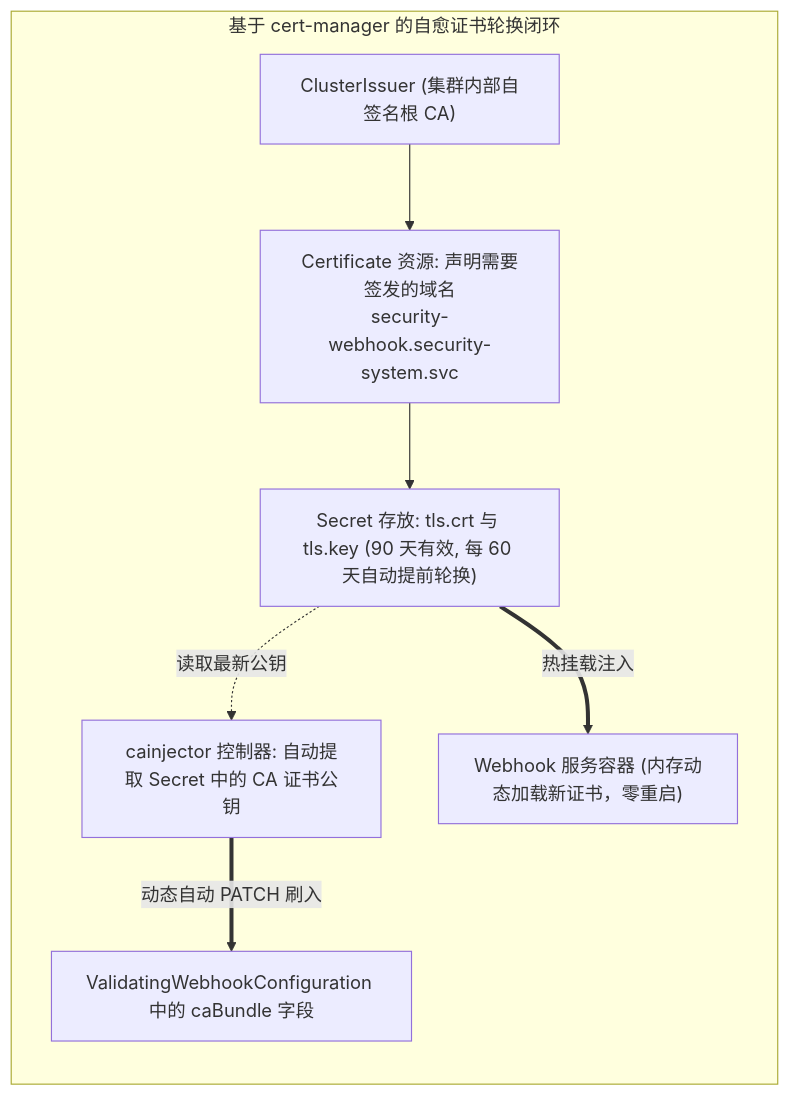
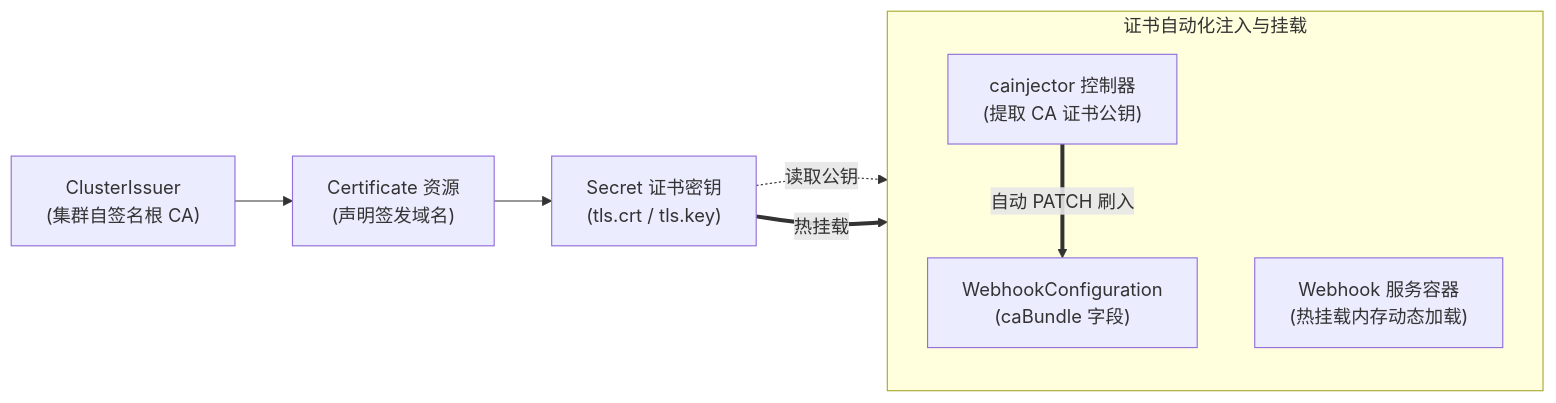
Before and after one commit to MoreConsequence/MoreConsequence.github.io: the fourth of 5 diagrams in content/posts/kubernetes-internals/k8s-14-admission-webhook-opa-gatekeeper-kyverno.md, drawn with Mermaid. The commit also changed other lines of this file and 835 other files, not shown here.

First line of the commit message:
feat(blog): 全站33篇新增深度专栏与博文全量审核上线及矢量图表优化

````diff
--- a/content/posts/kubernetes-internals/k8s-14-admission-webhook-opa-gatekeeper-kyverno.md
+++ b/content/posts/kubernetes-internals/k8s-14-admission-webhook-opa-gatekeeper-kyverno.md
@@ -230,16 +217,16 @@
 ```mermaid
-flowchart TD
-    subgraph CertManagerLoop["基于 cert-manager 的自愈证书轮换闭环"]
+flowchart LR
+    Issuer["ClusterIssuer<br/>(集群自签名根 CA)"] --> CertResource["Certificate 资源<br/>(声明签发域名)"]
+    CertResource --> Secret["Secret 证书密钥<br/>(tls.crt / tls.key)"]
+
+    subgraph Injection["证书自动化注入与挂载"]
         direction TB
-        Issuer["ClusterIssuer (集群内部自签名根 CA)"]
-        CertResource["Certificate 资源: 声明需要签发的域名<br/>security-webhook.security-system.svc"]
-        Secret["Secret 存放: tls.crt 与 tls.key (90 天有效, 每 60 天自动提前轮换)"]
-        CAInjector["cainjector 控制器: 自动提取 Secret 中的 CA 证书公钥"]
-        WebhookConfig["ValidatingWebhookConfiguration 中的 caBundle 字段"]
+        CAInjector["cainjector 控制器<br/>(提取 CA 证书公钥)"]
+        WebhookConfig["WebhookConfiguration<br/>(caBundle 字段)"]
+        WebhookPod["Webhook 服务容器<br/>(热挂载内存动态加载)"]
+        CAInjector ==>|"自动 PATCH 刷入"| WebhookConfig
+    end
 
-        Issuer --> CertResource --> Secret
-        Secret -.->|"读取最新公钥"| CAInjector
-        CAInjector ==>|"动态自动 PATCH 刷入"| WebhookConfig
-        Secret ==>|"热挂载注入"| WebhookPod["Webhook 服务容器 (内存动态加载新证书，零重启)"]
-    end
+    Secret -.->|"读取公钥"| CAInjector
+    Secret ==>|"热挂载"| WebhookPod
 ```
````
